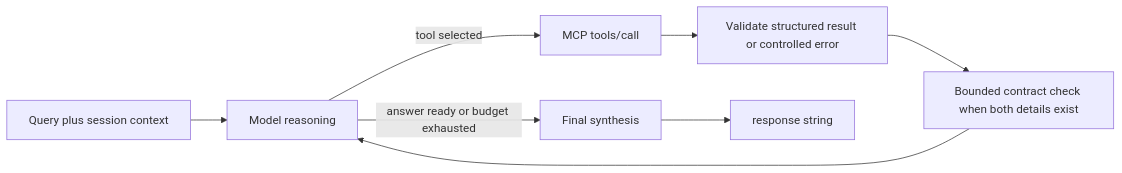
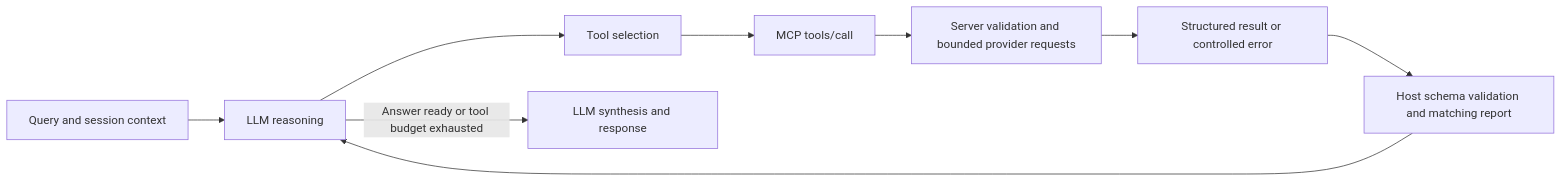
Before and after one commit to waderylan/prediction-market-agent: the second of 3 diagrams in README.md, drawn with Mermaid. The commit also changed other lines of this file and 19 other files, not shown here.

````diff
--- a/README.md
+++ b/README.md
@@ -312,10 +207,11 @@
 ```mermaid
 flowchart LR
-    Q[Query plus session context] --> R[Model reasoning]
-    R -->|tool selected| T[MCP tools/call]
-    T --> V[Validate structured result or controlled error]
-    V --> C[Bounded contract check when both details exist]
-    C --> R
-    R -->|answer ready or budget exhausted| S[Final synthesis]
-    S --> O[response string]
+    Q[Query and session context] --> R[LLM reasoning]
+    R --> T[Tool selection]
+    T --> C[MCP tools/call]
+    C --> S[Server validation and bounded provider requests]
+    S --> V[Structured result or controlled error]
+    V --> H[Host schema validation and matching report]
+    H --> R
+    R -->|Answer ready or tool budget exhausted| O[LLM synthesis and response]
 ```
````
